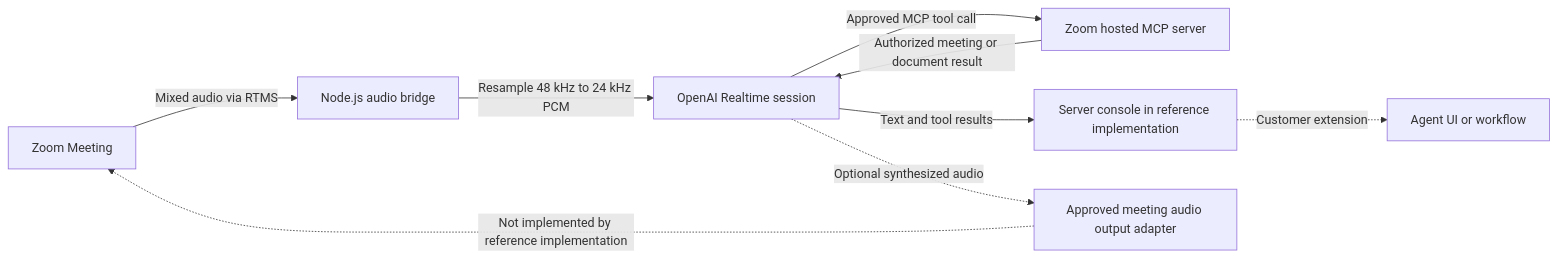
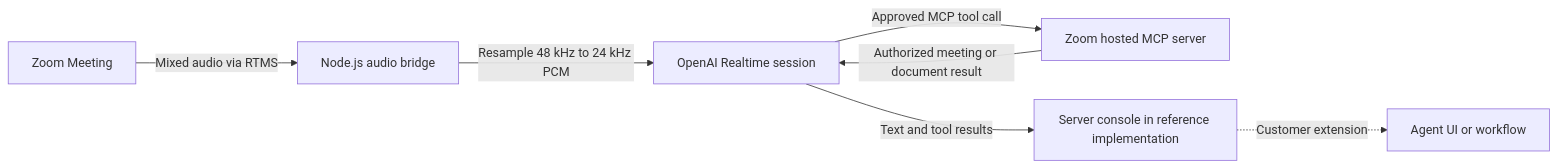
Before and after one commit to zoom/blueprints: the diagram in blueprints/openai-meeting-voice-agent/index.md, drawn with Mermaid. The commit also changed other lines of this file and 1 other file, not shown here.

First line of the commit message:
openai-meeting-voice-agent: use the one-way agent framing throughout

````diff
--- a/blueprints/openai-meeting-voice-agent/index.md
+++ b/blueprints/openai-meeting-voice-agent/index.md
@@ -67,11 +67,9 @@
 ```mermaid
 flowchart LR
     A[Zoom Meeting] -->|Mixed audio via RTMS| B[Node.js audio bridge]
     B -->|Resample 48 kHz to 24 kHz PCM| C[OpenAI Realtime session]
     C -->|Approved MCP tool call| D[Zoom hosted MCP server]
     D -->|Authorized meeting or document result| C
     C -->|Text and tool results| E[Server console in reference implementation]
     E -.->|Customer extension| G[Agent UI or workflow]
-    C -.->|Optional synthesized audio| F[Approved meeting audio output adapter]
-    F -.->|Not implemented by reference implementation| A
 ```
````
